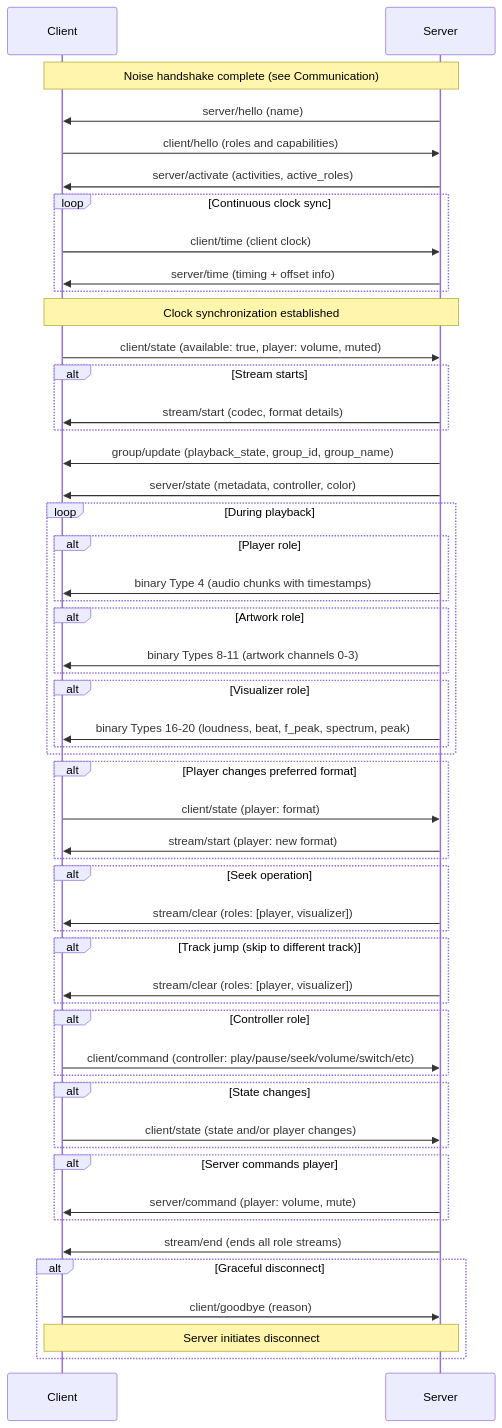
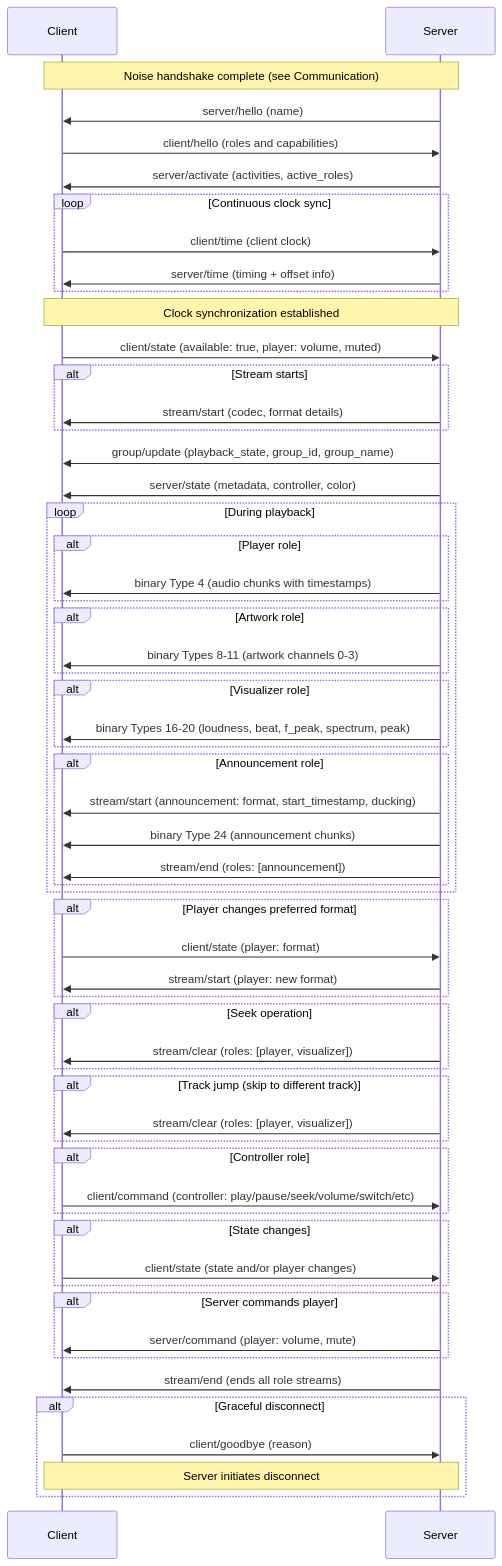
The diagram in template.md (Sendspin/spec), drawn with Mermaid before and after one commit. The commit also changed other lines of this file and 3 other files, not shown here.

Commit message:
Add announcement role (announcement@v1)

````diff
--- a/template.md
+++ b/template.md
@@ -30,70 +30,75 @@
 ```mermaid
 sequenceDiagram
     participant Client
     participant Server
 
     Note over Client,Server: Noise handshake complete (see Communication)
 
     Server->>Client: server/hello (name)
     Client->>Server: client/hello (roles and capabilities)
     Server->>Client: server/activate (activities, active_roles)
 
     loop Continuous clock sync
         Client->>Server: client/time (client clock)
         Server->>Client: server/time (timing + offset info)
     end
 
     Note over Client,Server: Clock synchronization established
     Client->>Server: client/state (available: true, player: volume, muted)
 
     alt Stream starts
         Server->>Client: stream/start (codec, format details)
     end
 
     Server->>Client: group/update (playback_state, group_id, group_name)
     Server->>Client: server/state (metadata, controller, color)
 
     loop During playback
         alt Player role
             Server->>Client: binary Type 4 (audio chunks with timestamps)
         end
         alt Artwork role
             Server->>Client: binary Types 8-11 (artwork channels 0-3)
         end
         alt Visualizer role
             Server->>Client: binary Types 16-20 (loudness, beat, f_peak, spectrum, peak)
         end
+        alt Announcement role
+            Server->>Client: stream/start (announcement: format, start_timestamp, ducking)
+            Server->>Client: binary Type 24 (announcement chunks)
+            Server->>Client: stream/end (roles: [announcement])
+        end
     end
 
     alt Player changes preferred format
         Client->>Server: client/state (player: format)
         Server->>Client: stream/start (player: new format)
     end
 
     alt Seek operation
         Server->>Client: stream/clear (roles: [player, visualizer])
     end
 
     alt Track jump (skip to different track)
         Server->>Client: stream/clear (roles: [player, visualizer])
     end
 
     alt Controller role
         Client->>Server: client/command (controller: play/pause/seek/volume/switch/etc)
     end
 
     alt State changes
         Client->>Server: client/state (state and/or player changes)
     end
 
     alt Server commands player
         Server->>Client: server/command (player: volume, mute)
     end
 
     Server->>Client: stream/end (ends all role streams)
 
     alt Graceful disconnect
         Client->>Server: client/goodbye (reason)
         Note over Client,Server: Server initiates disconnect
     end
 ```
````
